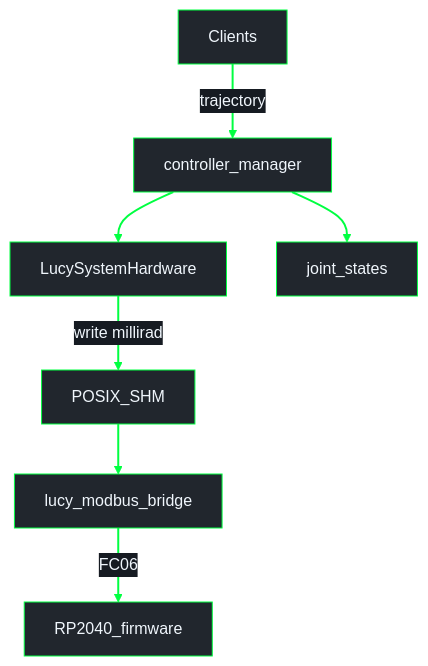
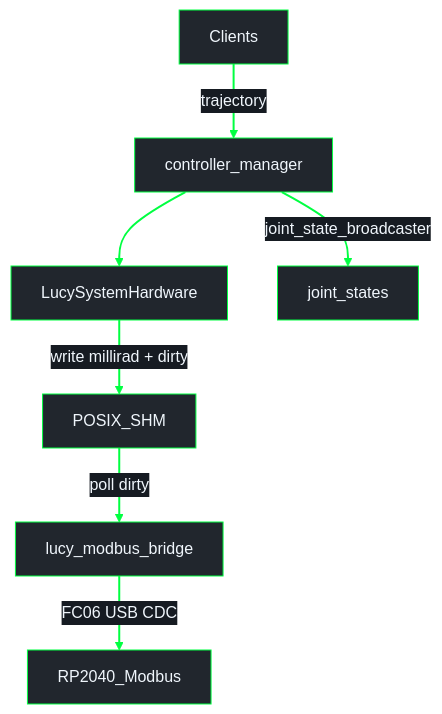
The diagram in docs/ROS2_CONTROL.md (Lucy-Robotics/lucy_ros_packages), drawn with Mermaid before and after one commit. The commit also changed other lines of this file and 2 other files, not shown here.

Commit message:
docs(ros2_control): replace micro-ROS data-flow narrative with SHM/Modbus

````diff
--- a/docs/ROS2_CONTROL.md
+++ b/docs/ROS2_CONTROL.md
@@ -48,19 +51,19 @@
 ```mermaid
 %%{init: {"theme": "base", "themeVariables": {"darkMode": true, "background": "#0d1117", "mainBkg": "#21262d", "primaryColor": "#21262d", "primaryTextColor": "#f0f6fc", "primaryBorderColor": "#00FF41", "secondaryColor": "#161b22", "secondaryTextColor": "#f0f6fc", "secondaryBorderColor": "#00FF41", "tertiaryColor": "#161b22", "tertiaryTextColor": "#f0f6fc", "tertiaryBorderColor": "#00FF41", "lineColor": "#00FF41", "textColor": "#f0f6fc", "nodeTextColor": "#f0f6fc", "edgeLabelBackground": "#161b22", "clusterBkg": "#0d1117", "clusterBorder": "#00FF41", "titleColor": "#f0f6fc"}}}%%
 flowchart TB
-  C["Clients"]
+  Clients["Clients"]
   CM["controller_manager"]
-  WL["LucySystemHardware"]
+  HI["LucySystemHardware"]
   SHM["POSIX_SHM"]
-  BR["lucy_modbus_bridge"]
-  FW["RP2040_firmware"]
+  Bridge["lucy_modbus_bridge"]
+  FW["RP2040_Modbus"]
   JS["joint_states"]
 
-  C -->|"trajectory"| CM
-  CM --> WL
-  CM --> JS
-  WL -->|"write millirad"| SHM
-  SHM --> BR
-  BR -->|"FC06"| FW
+  Clients -->|"trajectory"| CM
+  CM --> HI
+  CM -->|"joint_state_broadcaster"| JS
+  HI -->|"write millirad + dirty"| SHM
+  SHM -->|"poll dirty"| Bridge
+  Bridge -->|"FC06 USB CDC"| FW
   linkStyle default stroke:#00FF41,stroke-width:2px
 ```
````
